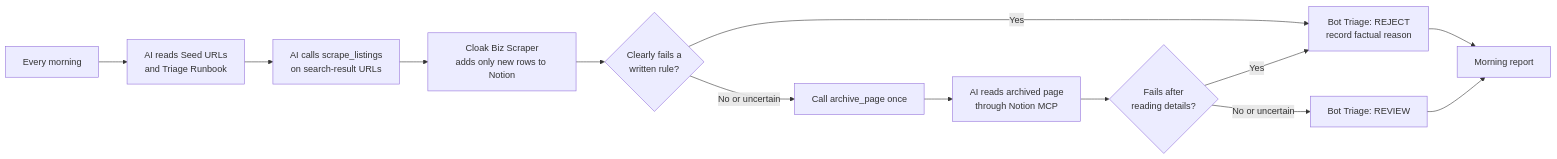
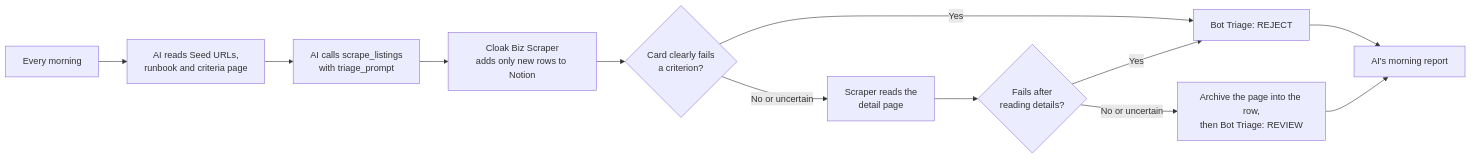
One commit to thisnick/cloak-biz-scraper changed the diagram in docs/set-up-daily-listing-watch.md. Above: the diagram before and after it, drawn with Mermaid. The commit also changed other lines of this file and 22 other files, not shown here.

````diff
--- a/docs/set-up-daily-listing-watch.md
+++ b/docs/set-up-daily-listing-watch.md
@@ -26,15 +28,14 @@
 ```mermaid
 flowchart LR
-    A[Every morning] --> B[AI reads Seed URLs<br>and Triage Runbook]
-    B --> C[AI calls scrape_listings<br>on search-result URLs]
+    A[Every morning] --> B[AI reads Seed URLs,<br>runbook and criteria page]
+    B --> C[AI calls scrape_listings<br>with triage_prompt]
     C --> D[Cloak Biz Scraper<br>adds only new rows to Notion]
-    D --> E{Clearly fails a<br>written rule?}
-    E -->|Yes| F[Bot Triage: REJECT<br>record factual reason]
-    E -->|No or uncertain| G[Call archive_page once]
-    G --> H[AI reads archived page<br>through Notion MCP]
-    H --> I{Fails after<br>reading details?}
+    D --> E{Card clearly fails<br>a criterion?}
+    E -->|Yes| F[Bot Triage: REJECT]
+    E -->|No or uncertain| G[Scraper reads the<br>detail page]
+    G --> I{Fails after<br>reading details?}
     I -->|Yes| F
-    I -->|No or uncertain| J[Bot Triage: REVIEW]
-    F --> K[Morning report]
+    I -->|No or uncertain| J[Archive the page into the row,<br>then Bot Triage: REVIEW]
+    F --> K[AI's morning report]
     J --> K
 ```
````
